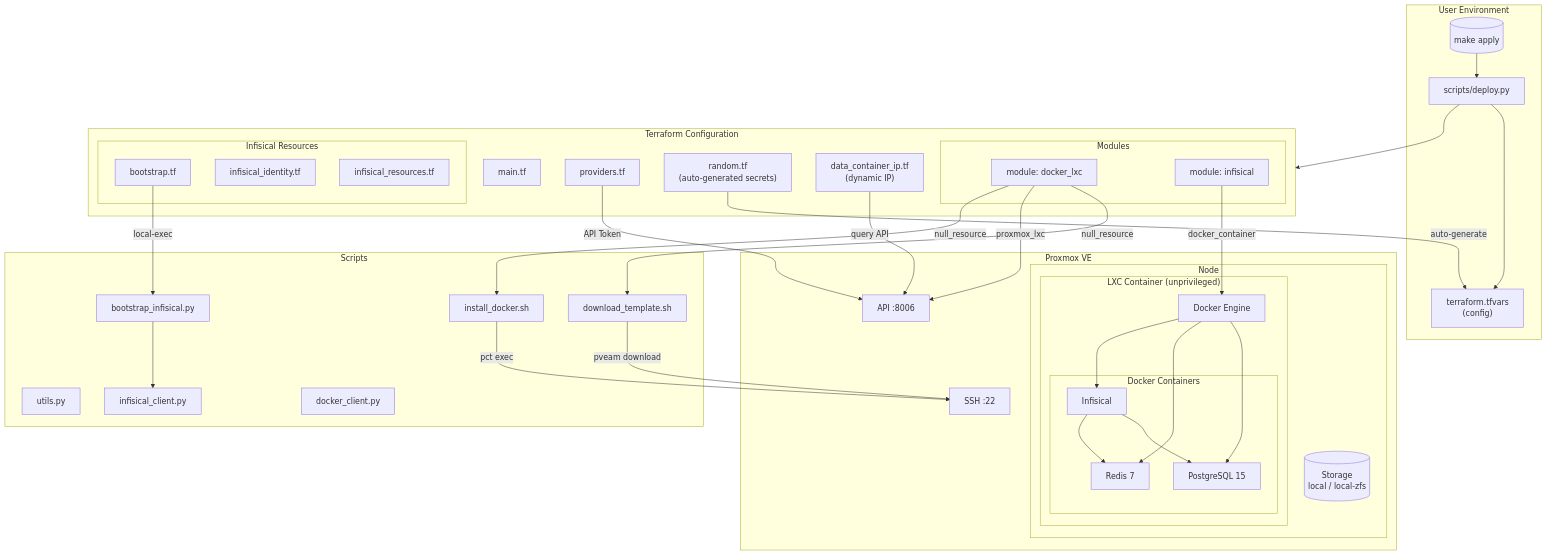
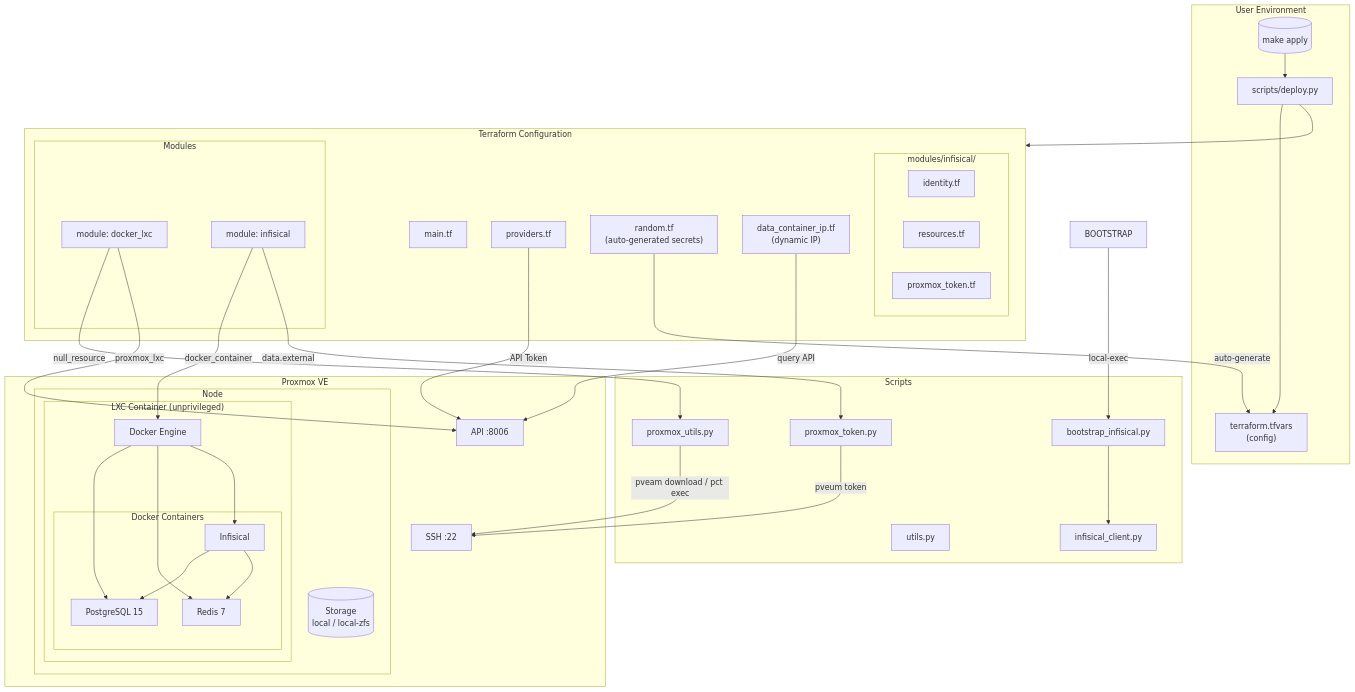
The first of 2 diagrams in docs/ARCHITECTURE.md (aroldobossoni/selfhost), drawn with Mermaid before and after one commit. The commit also changed other lines of this file and 8 other files, not shown here.

````diff
--- a/docs/ARCHITECTURE.md
+++ b/docs/ARCHITECTURE.md
@@ -5,82 +5,81 @@
 ```mermaid
 flowchart TB
     subgraph User["User Environment"]
         MAKE[("make apply")]
         TFVARS["terraform.tfvars<br/>(config)"]
         DEPLOY["scripts/deploy.py"]
     end
 
     subgraph Terraform["Terraform Configuration"]
         MAIN["main.tf"]
         PROVIDERS["providers.tf"]
         RANDOM["random.tf<br/>(auto-generated secrets)"]
         DATA_IP["data_container_ip.tf<br/>(dynamic IP)"]
         
         subgraph Modules["Modules"]
             M_DOCKER["module: docker_lxc"]
             M_INFISICAL["module: infisical"]
         end
         
-        subgraph Infisical_TF["Infisical Resources"]
-            BOOTSTRAP["bootstrap.tf"]
-            IDENTITY["infisical_identity.tf"]
-            RESOURCES["infisical_resources.tf"]
+        subgraph Infisical_TF["modules/infisical/"]
+            IDENTITY["identity.tf"]
+            RESOURCES["resources.tf"]
+            PROXMOX_TF["proxmox_token.tf"]
         end
     end
 
     subgraph Scripts["Scripts"]
         BOOTSTRAP_PY["bootstrap_infisical.py"]
         UTILS["utils.py"]
         INFISICAL_CLIENT["infisical_client.py"]
-        DOCKER_CLIENT["docker_client.py"]
-        DL_SCRIPT["download_template.sh"]
-        INST_SCRIPT["install_docker.sh"]
+        PROXMOX_TOKEN["proxmox_token.py"]
+        PROXMOX_UTILS["proxmox_utils.py"]
     end
 
     subgraph Proxmox["Proxmox VE"]
         API["API :8006"]
         SSH["SSH :22"]
         
         subgraph Node["Node"]
             STORAGE[("Storage<br/>local / local-zfs")]
             
             subgraph LXC["LXC Container (unprivileged)"]
                 DOCKER["Docker Engine"]
                 
                 subgraph Containers["Docker Containers"]
                     POSTGRES["PostgreSQL 15"]
                     REDIS["Redis 7"]
                     INF["Infisical"]
                 end
             end
         end
     end
 
     MAKE --> DEPLOY
     DEPLOY --> TFVARS
     DEPLOY --> Terraform
     
     RANDOM -->|"auto-generate"| TFVARS
     DATA_IP -->|"query API"| API
     
     PROVIDERS -->|"API Token"| API
     
-    M_DOCKER -->|"null_resource"| DL_SCRIPT
+    M_DOCKER -->|"null_resource"| PROXMOX_UTILS
     M_DOCKER -->|"proxmox_lxc"| API
-    M_DOCKER -->|"null_resource"| INST_SCRIPT
     
     M_INFISICAL -->|"docker_container"| DOCKER
+    M_INFISICAL -->|"data.external"| PROXMOX_TOKEN
     
     BOOTSTRAP -->|"local-exec"| BOOTSTRAP_PY
     BOOTSTRAP_PY --> INFISICAL_CLIENT
     
-    DL_SCRIPT -->|"pveam download"| SSH
-    INST_SCRIPT -->|"pct exec"| SSH
+    PROXMOX_UTILS -->|"pveam download / pct exec"| SSH
+    PROXMOX_TOKEN -->|"pveum token"| SSH
     
     DOCKER --> POSTGRES
     DOCKER --> REDIS
     DOCKER --> INF
     
     INF --> POSTGRES
     INF --> REDIS
 ```
````
